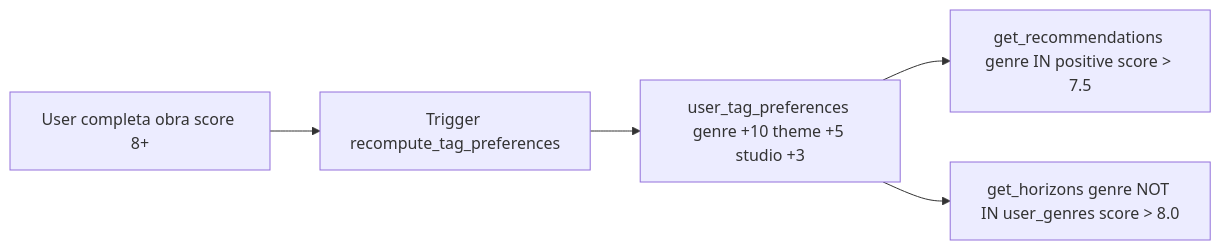
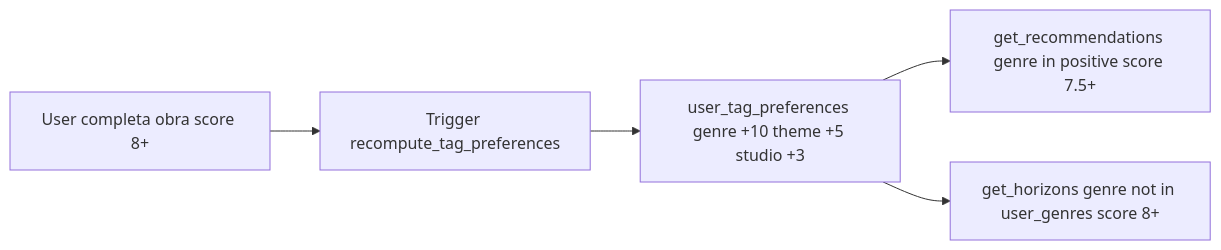
One commit to MikuBR/Hubble changed the diagram in README.md. Above: the diagram before and after it, drawn with Mermaid.

Commit message:
fix: Mermaid diagram lowercase operators

````diff
--- a/README.md
+++ b/README.md
@@ -145,7 +145,7 @@
 ```mermaid
 graph LR
     A[User completa obra score 8+] --> B[Trigger recompute_tag_preferences]
     B --> C[user_tag_preferences genre +10 theme +5 studio +3]
-    C --> D[get_recommendations genre IN positive score > 7.5]
-    C --> E[get_horizons genre NOT IN user_genres score > 8.0]
+    C --> D[get_recommendations genre in positive score 7.5+]
+    C --> E[get_horizons genre not in user_genres score 8+]
 ```
````
